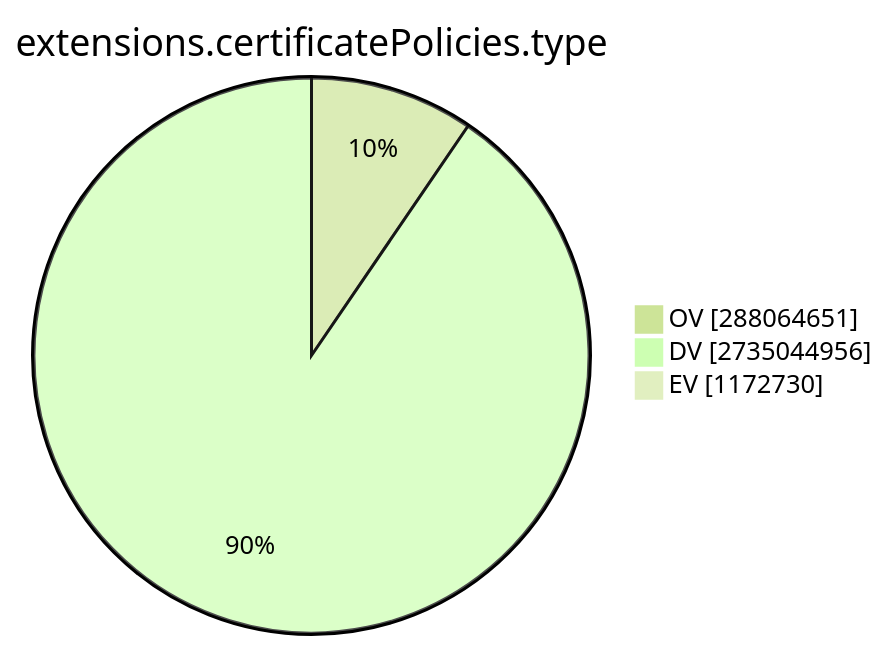
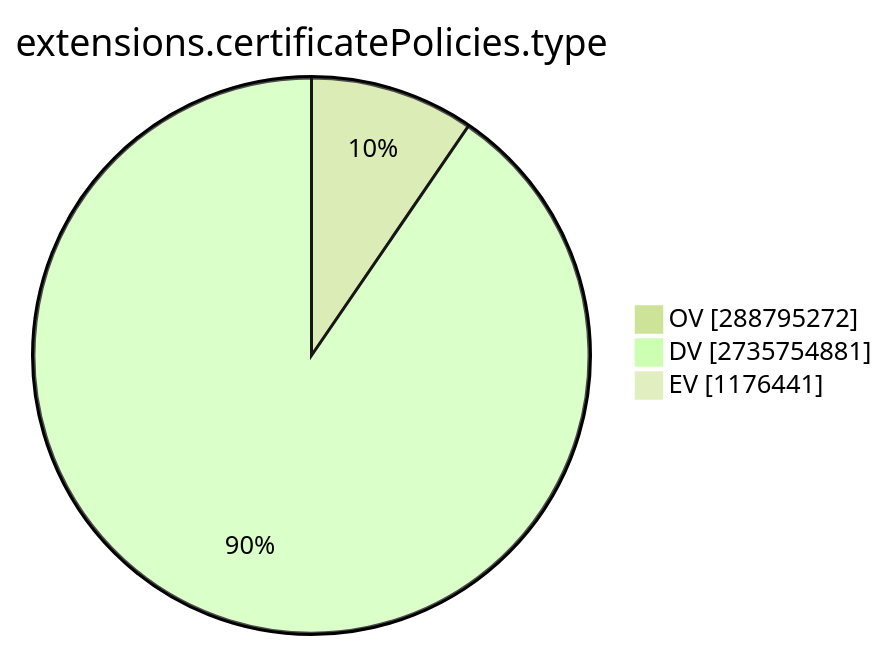
Before and after one commit to christiankrug/ctmonitor_visualization: the ninth of 15 diagrams in TOTAL/README.md, drawn with Mermaid (forest theme). The commit also changed other lines of this file, not shown here.

````diff
--- a/TOTAL/README.md
+++ b/TOTAL/README.md
@@ -3092,7 +3092,7 @@
 ```mermaid
 pie showData
 title extensions.certificatePolicies.type
-"OV" :288064651
-"DV" :2735044956
-"EV" :1172730
+"OV" :288795272
+"DV" :2735754881
+"EV" :1176441
 ```
````
